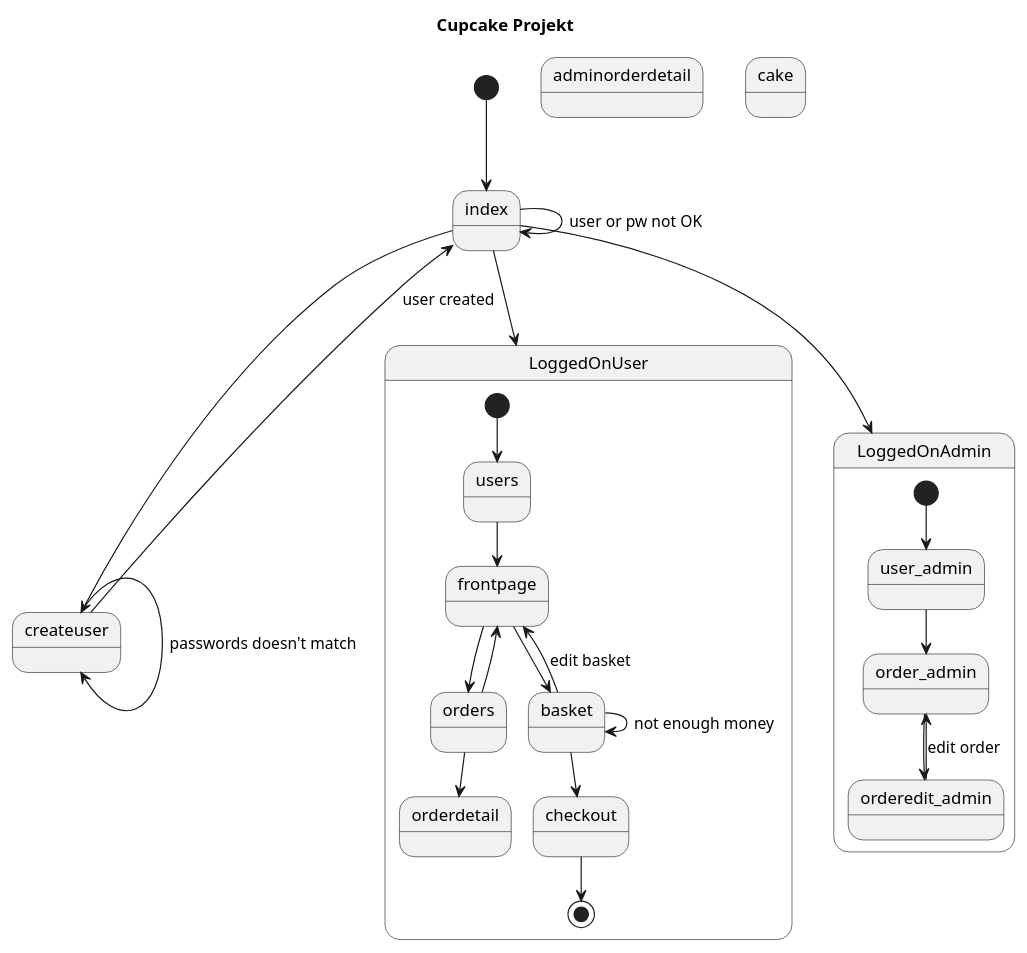
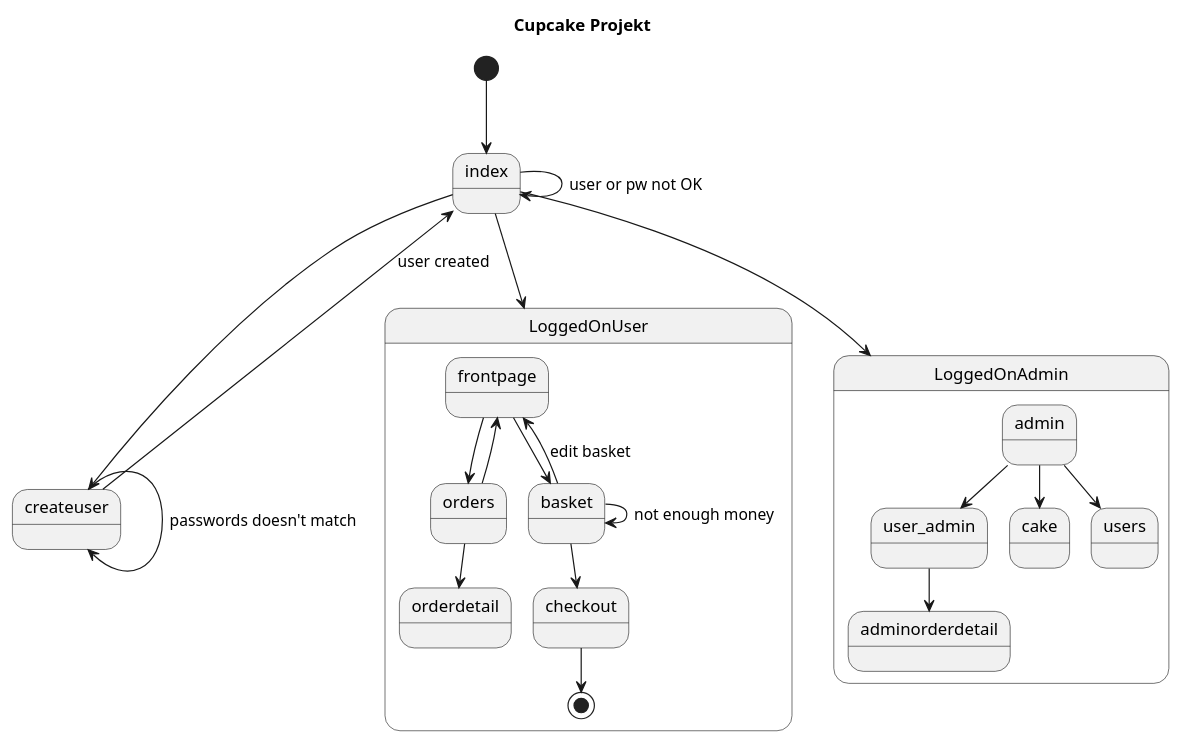
Before and after one commit to altinkaya/Cupcake: the diagram in models/CupcakeNavigationDiagram.puml, drawn with PlantUML. The commit also changed 9 other files, not shown here.

```diff
--- a/models/CupcakeNavigationDiagram.puml
+++ b/models/CupcakeNavigationDiagram.puml
@@ -1,50 +1,52 @@
 @startuml
 Title Cupcake Projekt
 
 State index
-State adminorderdetail
-State cake
+
 State createuser
 
 
 [*] --> index
 index --> index : user or pw not OK
 index --> createuser
 createuser --> index : user created
 createuser --> createuser : passwords doesn't match
 index --> LoggedOnUser
 index --> LoggedOnAdmin
 
 
 
 state LoggedOnAdmin {
+state admin
 state user_admin
-state order_admin
-state orderedit_admin
-    [*] --> user_admin
-    user_admin --> order_admin
-    order_admin --> orderedit_admin
-    orderedit_admin --> order_admin : edit order
+state cake
+state users
+State adminorderdetail
+
+admin --> users
+admin --> cake
+admin --> user_admin
+user_admin --> adminorderdetail
+
 
 
 }
 
 state LoggedOnUser {
- state users
+
  state frontpage
  State orderdetail
  State orders
  state basket
  state checkout
- [*] --> users
- users --> frontpage
+
  frontpage --> basket
  basket --> frontpage : edit basket
  frontpage --> orders
  orders --> frontpage
  orders --> orderdetail
  basket --> basket : not enough money
  basket --> checkout
  checkout --> [*]
 }
 @enduml
```
